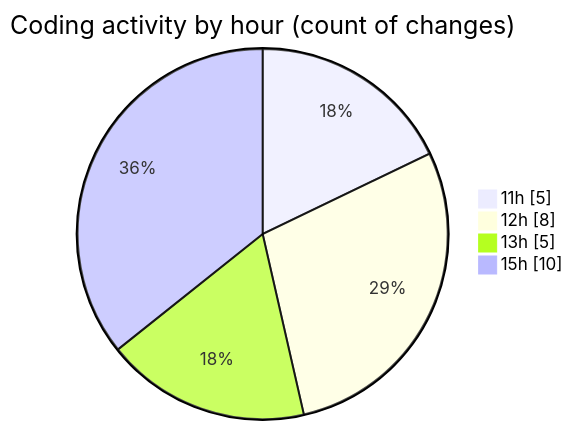
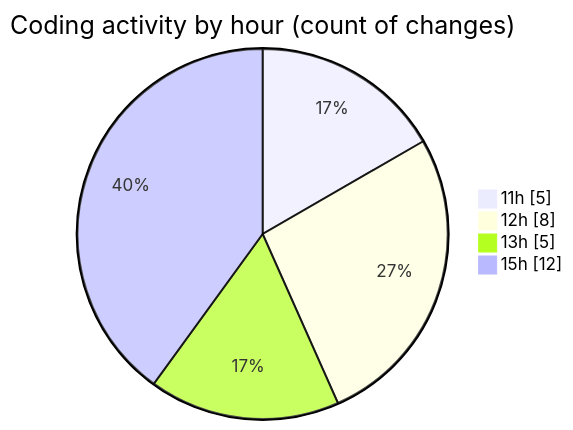
Before and after one commit to nxtqubesakshisongat/code-tracking: the second of 2 diagrams in 2026-01-15/nxtqube_webapp/README.md, drawn with Mermaid. The commit also changed other lines of this file and 1 other file, not shown here.

````diff
--- a/2026-01-15/nxtqube_webapp/README.md
+++ b/2026-01-15/nxtqube_webapp/README.md
@@ -35,8 +36,8 @@
 ```mermaid
 pie showData
 title Coding activity by hour (count of changes)
 "11h" : 5
 "12h" : 8
 "13h" : 5
-"15h" : 10
+"15h" : 12
 ```
````
